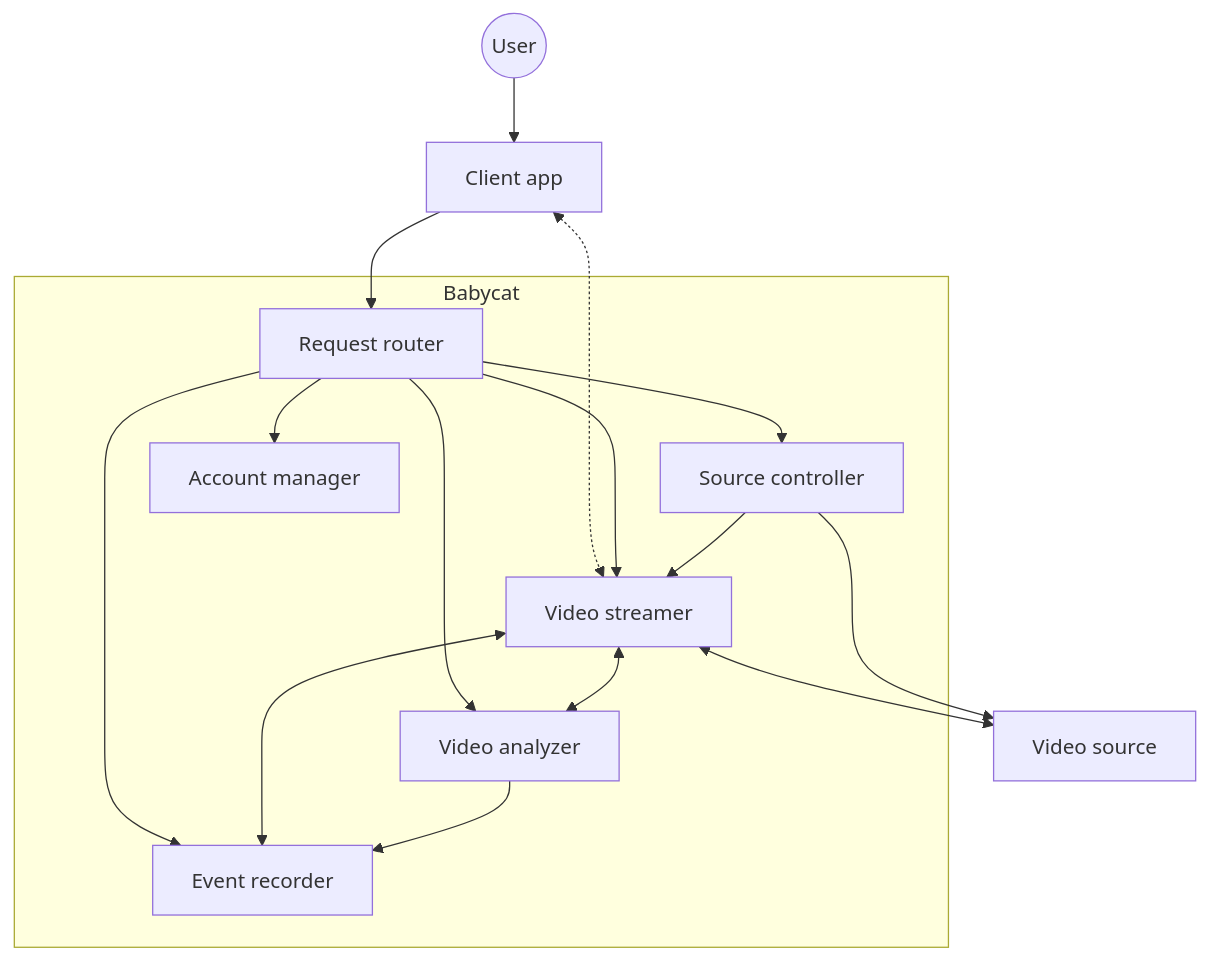
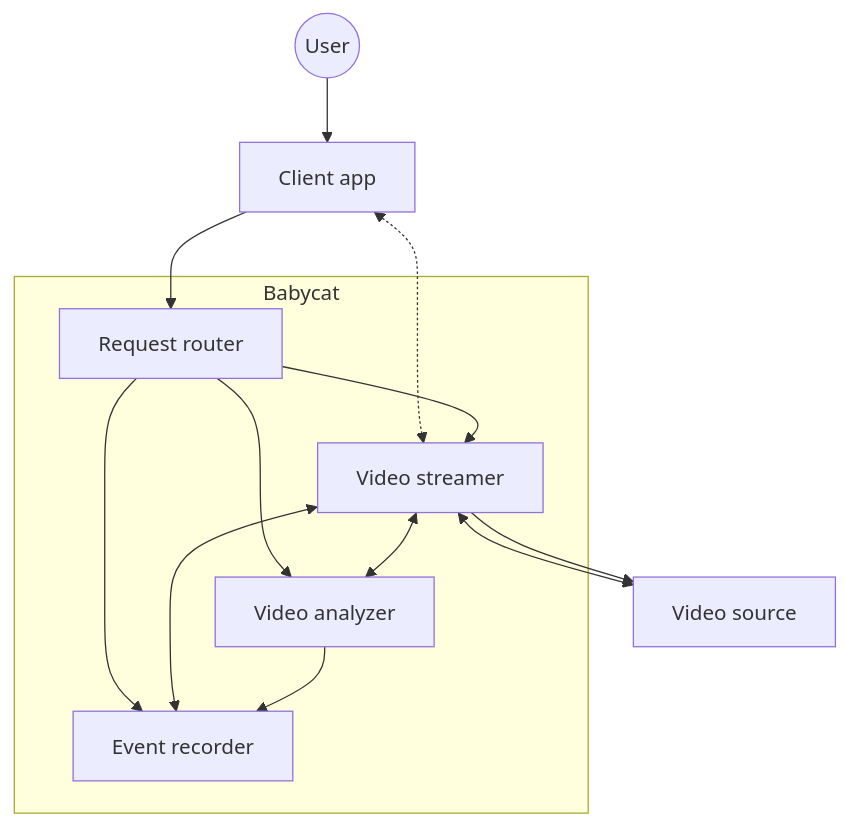
Before and after one commit to skim2048/babycat: the diagram in docs/srs/figs/2-2.mermaid.md, drawn with Mermaid. The commit also changed 5 other files, not shown here.

````diff
--- a/docs/srs/figs/2-2.mermaid.md
+++ b/docs/srs/figs/2-2.mermaid.md
@@ -1,34 +1,28 @@
 ```mermaid
 flowchart TB
     User(("User"))
     ClientApp["Client app"]
     VideoSource["Video source"]
 
     subgraph Babycat
         RequestRouter["Request router"]
         VideoStreamer["Video streamer"]
-        SourceController["Source controller"]
         VideoAnalyzer["Video analyzer"]
-        AccountManager["Account manager"]
         EventRecorder["Event recorder"]
     end
 
     User --> ClientApp
     ClientApp --> RequestRouter
     ClientApp <-.-> VideoStreamer
 
     RequestRouter --> VideoStreamer
-    RequestRouter --> SourceController
     RequestRouter --> VideoAnalyzer
     RequestRouter --> EventRecorder
-    RequestRouter --> AccountManager
 
     VideoStreamer <--> VideoSource
+    VideoStreamer --> VideoSource
     VideoStreamer <--> VideoAnalyzer
     VideoStreamer <--> EventRecorder
 
-    SourceController --> VideoSource
-    SourceController --> VideoStreamer
-
     VideoAnalyzer --> EventRecorder
 ```
````
